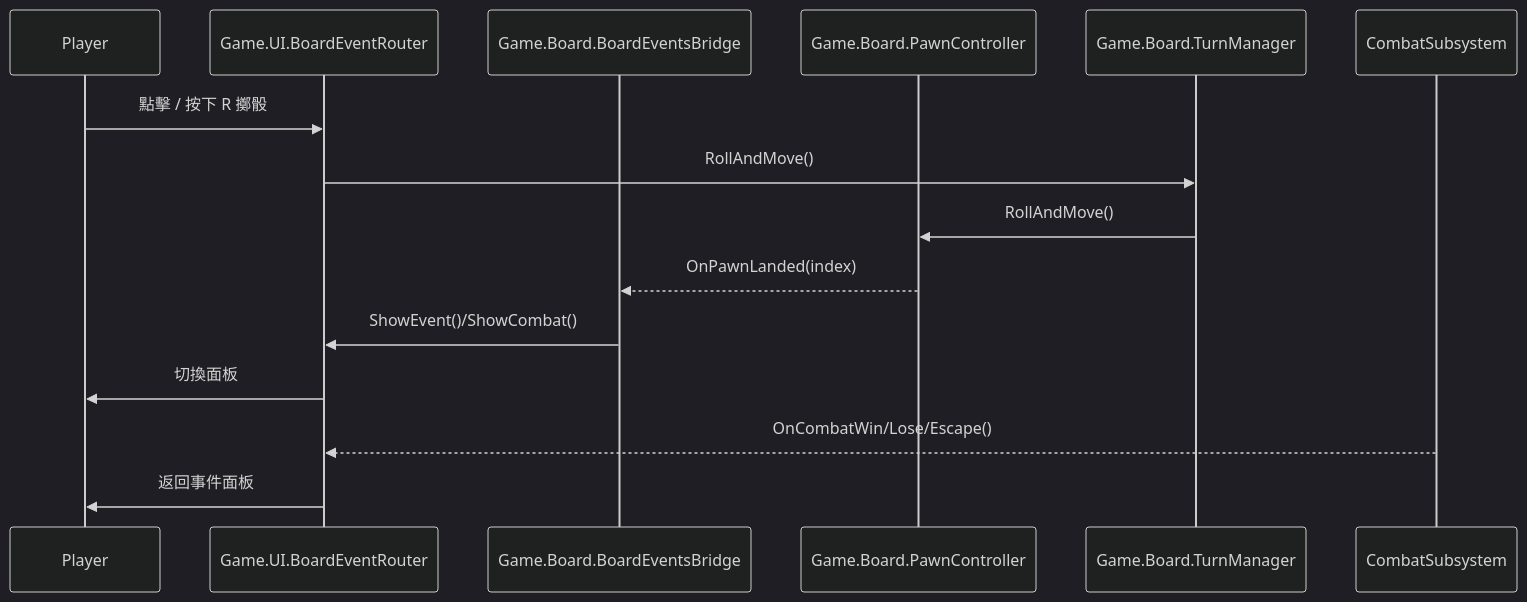
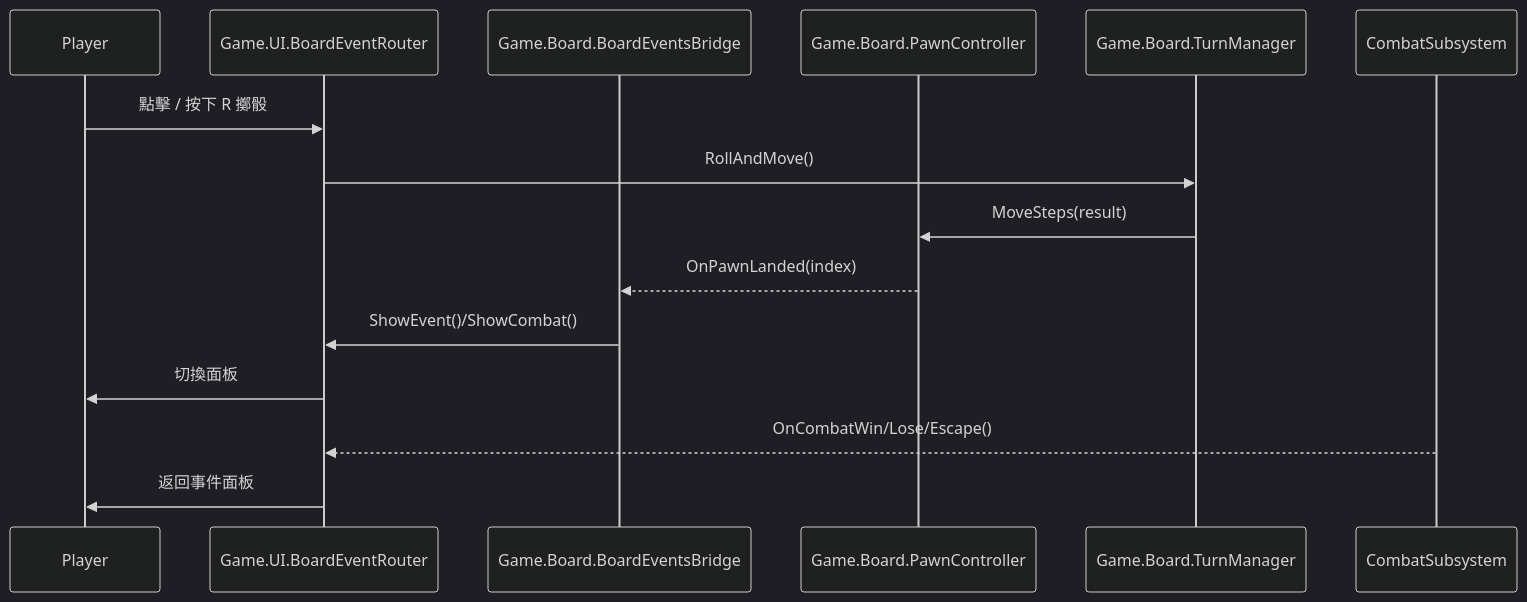
Before and after one commit to sugerisyummy/Unity: the second of 2 diagrams in docs/ARCHITECTURE.md, drawn with Mermaid (dark theme). The commit also changed other lines of this file and 9 other files, not shown here.

````diff
--- a/docs/ARCHITECTURE.md
+++ b/docs/ARCHITECTURE.md
@@ -16,17 +16,17 @@
 ```mermaid
 sequenceDiagram
     participant Player
     participant UI as Game.UI.BoardEventRouter
     participant Bridge as Game.Board.BoardEventsBridge
     participant Pawn as Game.Board.PawnController
     participant Turn as Game.Board.TurnManager
 
     Player->>UI: 點擊 / 按下 R 擲骰
     UI->>Turn: RollAndMove()
-    Turn->>Pawn: RollAndMove()
+    Turn->>Pawn: MoveSteps(result)
     Pawn-->>Bridge: OnPawnLanded(index)
     Bridge->>UI: ShowEvent()/ShowCombat()
     UI->>Player: 切換面板
     CombatSubsystem-->>UI: OnCombatWin/Lose/Escape()
     UI->>Player: 返回事件面板
 ```
````
